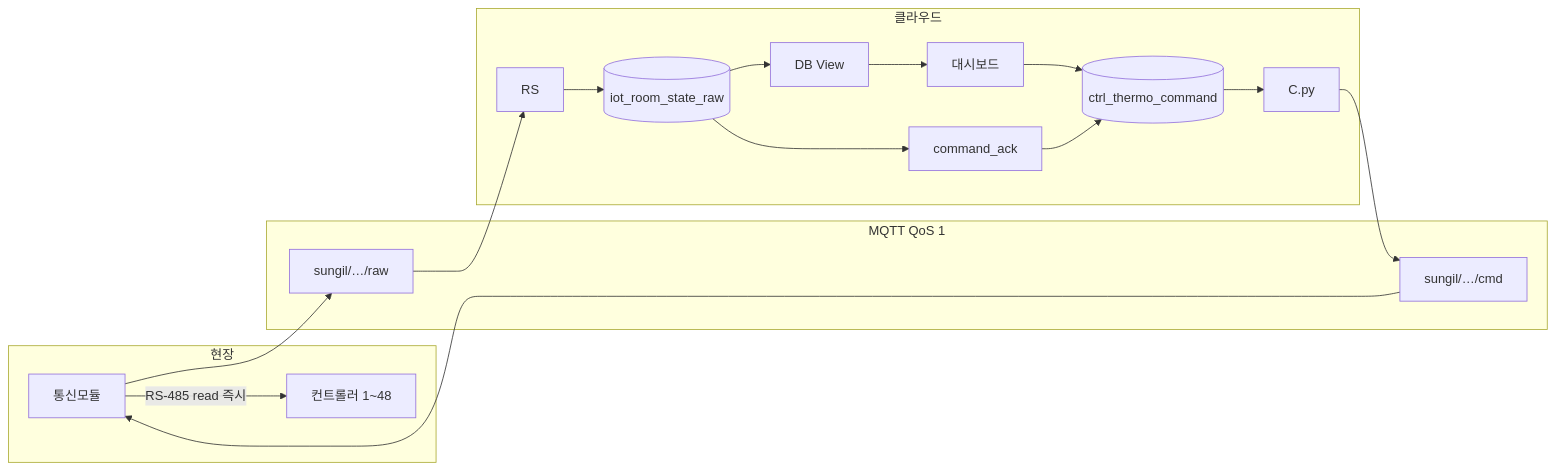
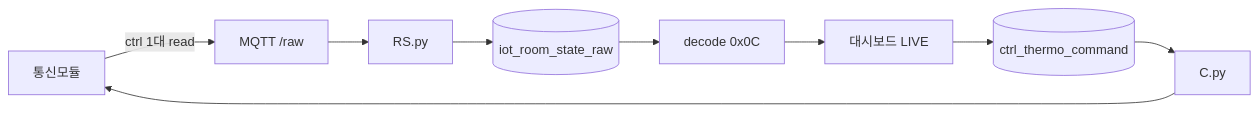
One commit to SIJackLee/dashboard changed the diagram in 데이터폼 최종안.md. Above: the diagram before and after it, drawn with Mermaid. The commit also changed other lines of this file and 6 other files, not shown here.

Commit message:
feat: wire v0x0C LIVE decode and rs_live views (0x0B + 0x0C)

````diff
--- a/데이터폼 최종안.md
+++ b/데이터폼 최종안.md
@@ -44,32 +44,11 @@
 ```mermaid
 flowchart LR
-  subgraph field [현장]
-    CM[통신모듈]
-    CTRL[컨트롤러 1~48]
-    CM -->|RS-485 read 즉시| CTRL
-  end
-  subgraph mqtt [MQTT QoS 1]
-    RAW[sungil/…/raw]
-    CMD[sungil/…/cmd]
-  end
-  subgraph cloud [클라우드]
-    RS[RS]
-    RAWDB[(iot_room_state_raw)]
-    VIEW[DB View]
-    CMDDB[(ctrl_thermo_command)]
-    C[C.py]
-    ACK[command_ack]
-    UI[대시보드]
-    RS --> RAWDB
-    RAWDB --> VIEW
-    VIEW --> UI
-    UI --> CMDDB
-    CMDDB --> C
-    C --> CMD
-    RAWDB --> ACK
-    ACK --> CMDDB
-  end
-  CM --> RAW
-  CMD --> CM
-  RAW --> RS
+  CM[통신모듈] -->|ctrl 1대 read| RAW[MQTT /raw]
+  RAW --> RS[RS.py]
+  RS --> DB[(iot_room_state_raw)]
+  DB --> DEC[decode 0x0C]
+  DEC --> UI[대시보드 LIVE]
+  UI --> CMD[(ctrl_thermo_command)]
+  CMD --> C[C.py]
+  C --> CM
 ```
````
